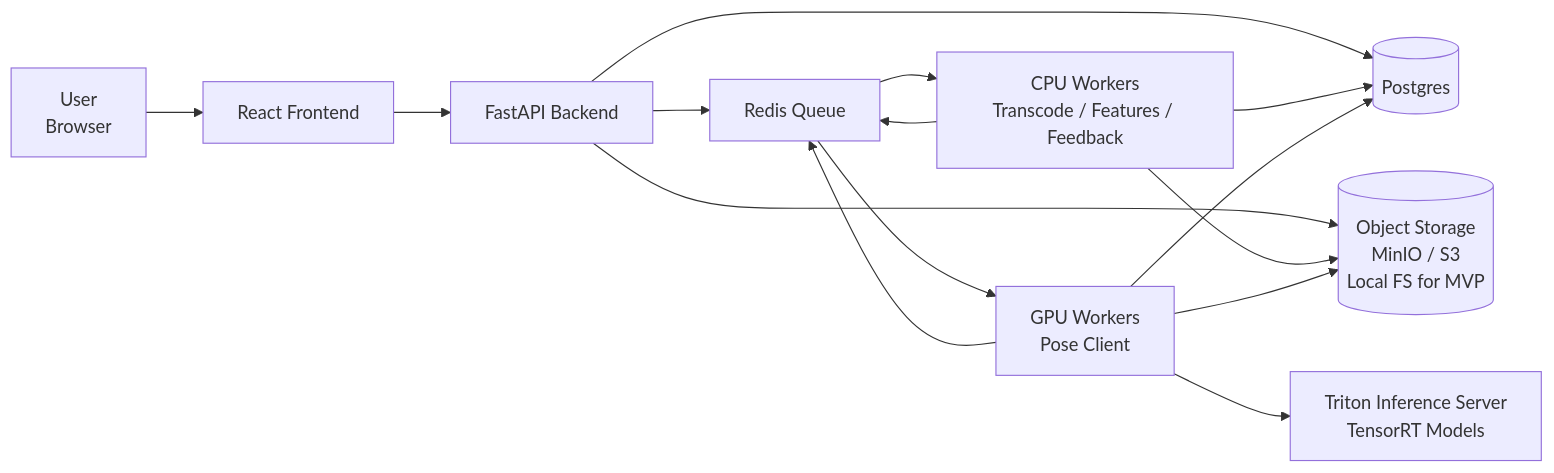
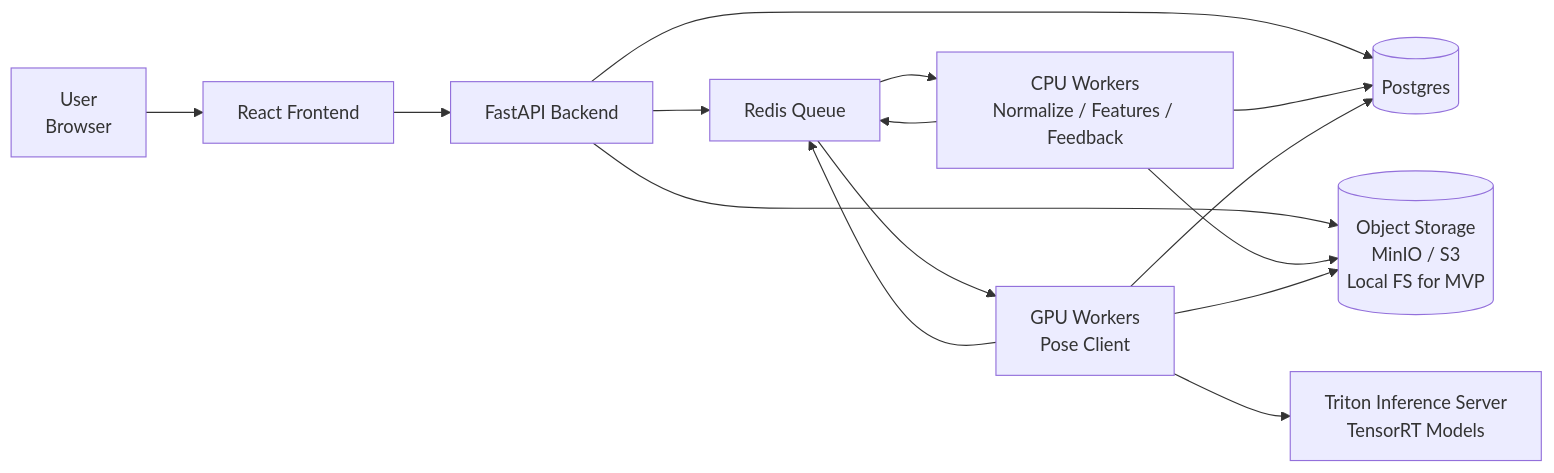
The first of 2 diagrams in docs/architecture.md (VladimirDjakov/snowboard-app), drawn with Mermaid before and after one commit. The commit also changed 8 other files, not shown here.

````diff
--- a/docs/architecture.md
+++ b/docs/architecture.md
@@ -9,9 +9,9 @@
 ```mermaid
 flowchart LR
     U["User<br>Browser"] --> FE["React Frontend"]
     FE --> API["FastAPI Backend"]
     API --> DB[("Postgres")] & S3[("Object Storage<br>MinIO / S3<br>Local FS for MVP")] & RQ["Redis Queue"]
-    RQ --> CPU["CPU Workers<br>Transcode / Features / Feedback"] & GPU["GPU Workers<br>Pose Client"]
+    RQ --> CPU["CPU Workers<br>Normalize / Features / Feedback"] & GPU["GPU Workers<br>Pose Client"]
     CPU --> S3 & DB & RQ
     GPU --> TRT["Triton Inference Server<br>TensorRT Models"] & S3 & DB & RQ
 ```
````
